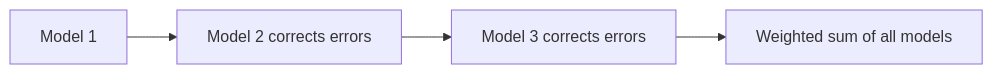
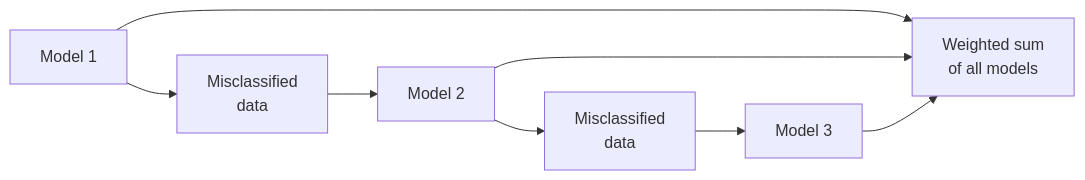
Diagram 13 of 14 in ml-course/unit-3.md (SureshAmal/learnmaker), drawn with Mermaid before and after one commit. The commit also changed other lines of this file and 668 other files, not shown here.

````diff
--- a/ml-course/unit-3.md
+++ b/ml-course/unit-3.md
@@ -452,6 +755,10 @@
 ```mermaid
 flowchart LR
-    M1["Model 1"] --> M2["Model 2 corrects errors"]
-    M2 --> M3["Model 3 corrects errors"]
-    M3 --> F["Weighted sum of all models"]
+    M1["Model 1"] --> E1["Misclassified<br/>data"]
+    E1 --> M2["Model 2"]
+    M2 --> E2["Misclassified<br/>data"]
+    E2 --> M3["Model 3"]
+    M1 --> F["Weighted sum<br/>of all models"]
+    M2 --> F
+    M3 --> F
 ```
````
